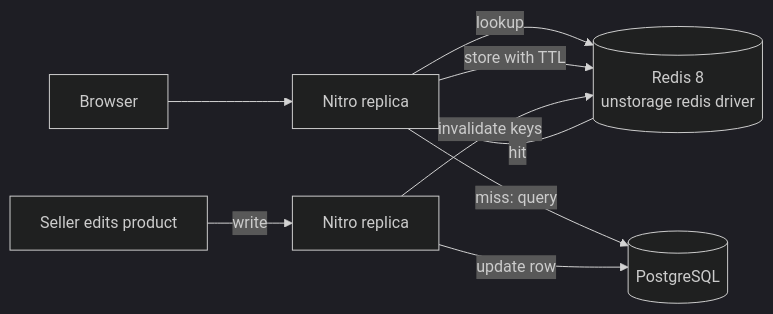
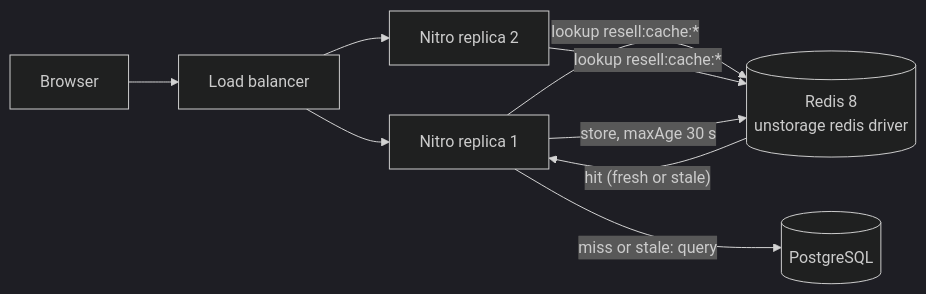
One commit to AlexGalhardo/nuxtjs-marketplace changed the diagram in docs/system-design/07-caching.md. Above: the diagram before and after it, drawn with Mermaid (dark theme). The commit also changed other lines of this file and 11 other files, not shown here.

````diff
--- a/docs/system-design/07-caching.md
+++ b/docs/system-design/07-caching.md
@@ -24,11 +22,10 @@
 ```mermaid
 flowchart LR
-  client[Browser] --> app[Nitro replica]
-  app -->|lookup| redis[(Redis 8<br/>unstorage redis driver)]
-  redis -->|hit| app
-  app -->|miss: query| db[(PostgreSQL)]
-  app -->|store with TTL| redis
-  seller[Seller edits product] -->|write| app2[Nitro replica]
-  app2 -->|update row| db
-  app2 -->|invalidate keys| redis
+  client[Browser] --> lb[Load balancer]
+  lb --> app1[Nitro replica 1]
+  lb --> app2[Nitro replica 2]
+  app1 & app2 -->|"lookup resell:cache:*"| redis[("Redis 8<br/>unstorage redis driver")]
+  redis -->|"hit (fresh or stale)"| app1
+  app1 -->|"miss or stale: query"| db[(PostgreSQL)]
+  app1 -->|"store, maxAge 30 s"| redis
 ```
````
